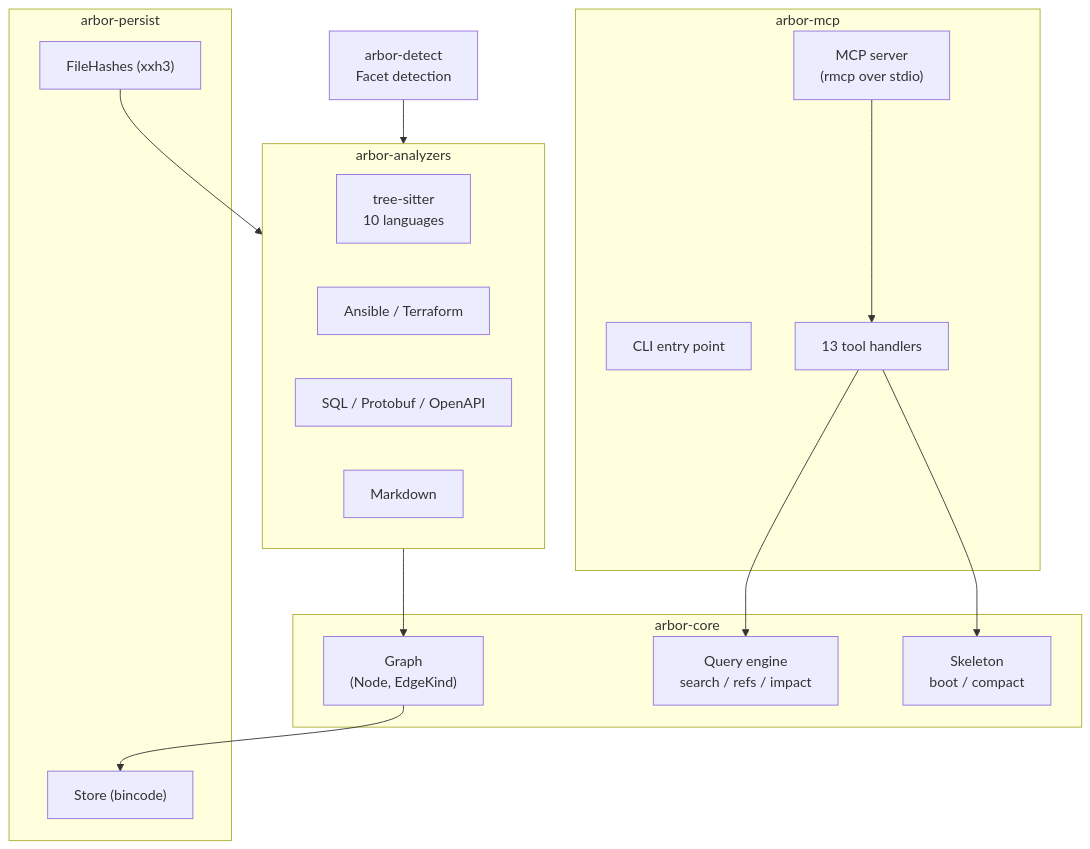
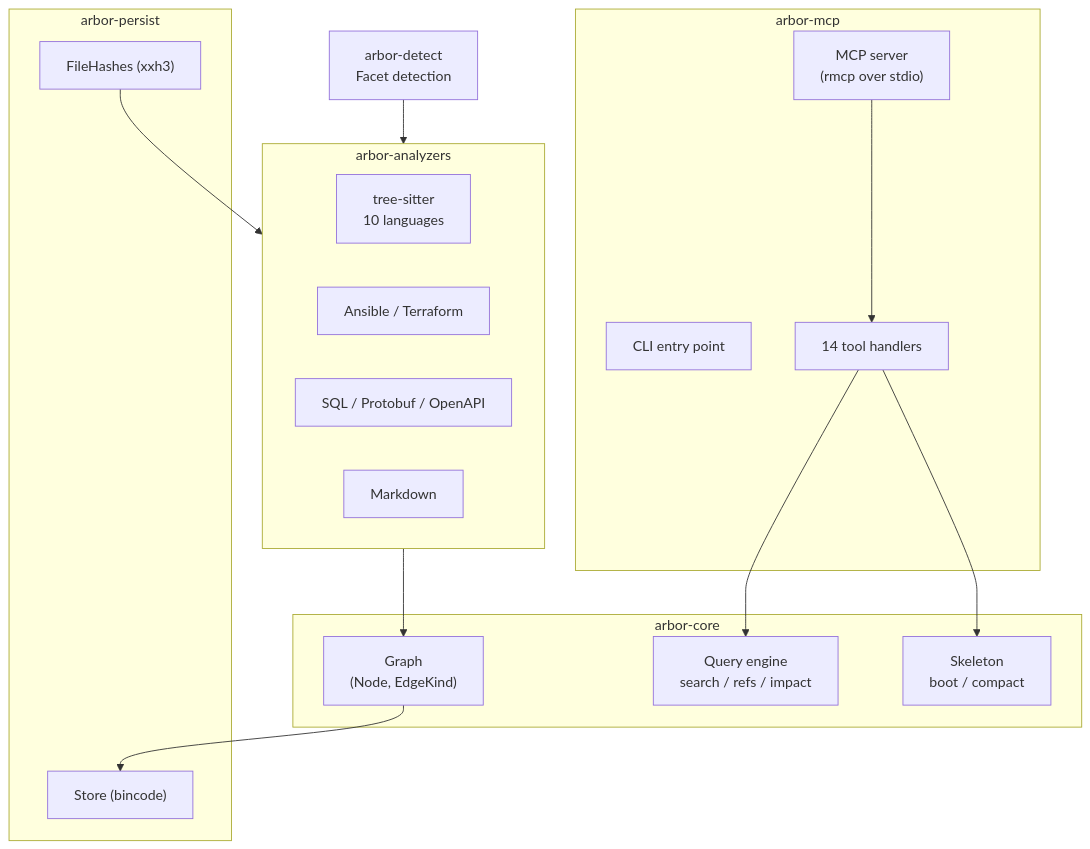
Before and after one commit to nikita-voronoy/arbor: the second of 2 diagrams in README.md, drawn with Mermaid. The commit also changed other lines of this file and 2 other files, not shown here.

````diff
--- a/README.md
+++ b/README.md
@@ -296,36 +297,36 @@
 ```mermaid
 graph TB
     subgraph arbor-mcp["arbor-mcp"]
         MCP["MCP server<br>(rmcp over stdio)"]
         CLI["CLI entry point"]
-        H["13 tool handlers"]
+        H["14 tool handlers"]
     end
 
     subgraph arbor-analyzers["arbor-analyzers"]
         TS["tree-sitter<br>10 languages"]
         IAC["Ansible / Terraform"]
         SCH["SQL / Protobuf / OpenAPI"]
         DOC["Markdown"]
     end
 
     subgraph arbor-core["arbor-core"]
         G["Graph<br>(Node, EdgeKind)"]
         Q["Query engine<br>search / refs / impact"]
         SK["Skeleton<br>boot / compact"]
     end
 
     subgraph arbor-persist["arbor-persist"]
         ST["Store (bincode)"]
         FH["FileHashes (xxh3)"]
     end
 
     DET["arbor-detect<br>Facet detection"]
 
     MCP --> H
     H --> Q
     H --> SK
     arbor-analyzers --> G
     DET --> arbor-analyzers
     G --> ST
     FH --> arbor-analyzers
 ```
````
